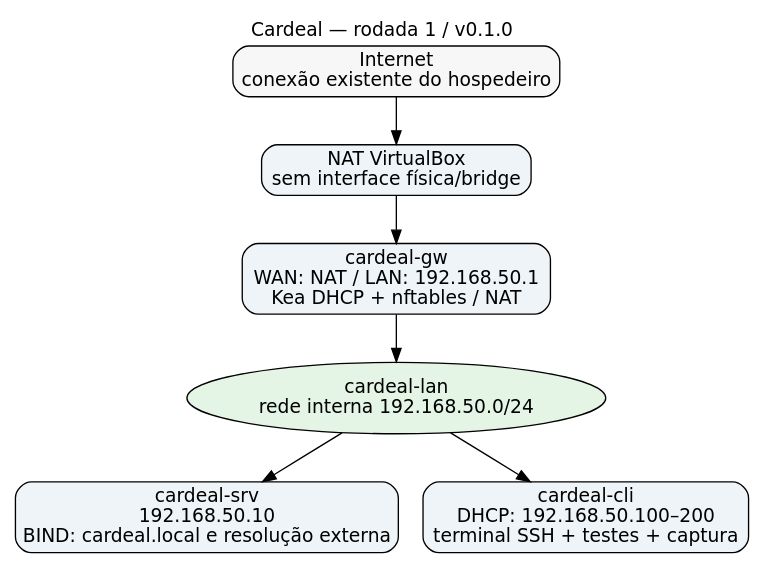
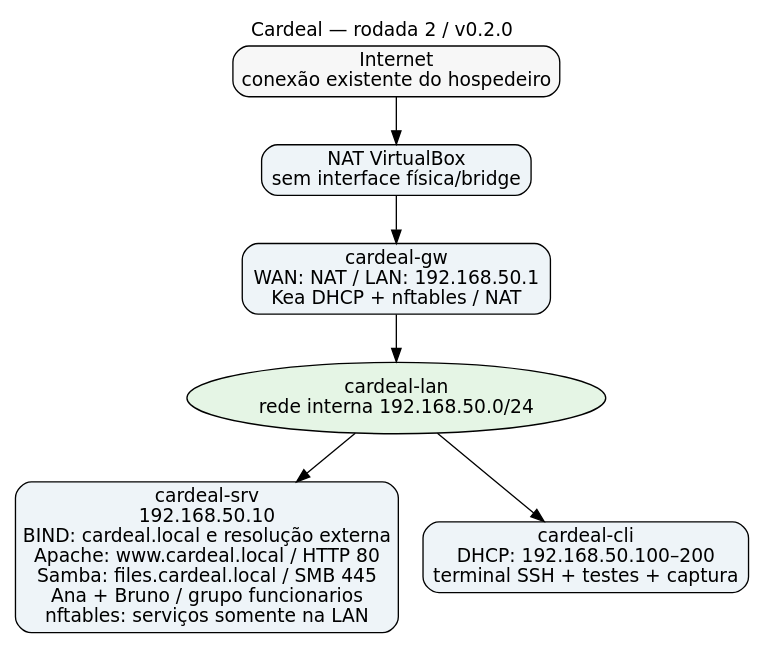
The diagram in topologia/topologia.dot (GabrielGalski/Redes), drawn with Graphviz before and after one commit. The commit also changed 54 other files, not shown here.

```diff
--- a/topologia/topologia.dot
+++ b/topologia/topologia.dot
@@ -1,16 +1,16 @@
 digraph Cardeal {
-    graph [rankdir=TB, bgcolor="white", label="Cardeal — rodada 1 / v0.1.0", labelloc=t, fontname="DejaVu Sans"];
+    graph [rankdir=TB, bgcolor="white", label="Cardeal — rodada 2 / v0.2.0", labelloc=t, fontname="DejaVu Sans"];
     node [shape=box, style="rounded,filled", fillcolor="#eef4f8", fontname="DejaVu Sans"];
     edge [fontname="DejaVu Sans", fontsize=10];
     internet [label="Internet\nconexão existente do hospedeiro", fillcolor="#f7f7f7"];
     nat [label="NAT VirtualBox\nsem interface física/bridge"];
     gw [label="cardeal-gw\nWAN: NAT / LAN: 192.168.50.1\nKea DHCP + nftables / NAT"];
     lan [label="cardeal-lan\nrede interna 192.168.50.0/24", shape=ellipse, fillcolor="#e5f5e5"];
-    srv [label="cardeal-srv\n192.168.50.10\nBIND: cardeal.local e resolução externa"];
+    srv [label="cardeal-srv\n192.168.50.10\nBIND: cardeal.local e resolução externa\nApache: www.cardeal.local / HTTP 80\nSamba: files.cardeal.local / SMB 445\nAna + Bruno / grupo funcionarios\nnftables: serviços somente na LAN"];
     cli [label="cardeal-cli\nDHCP: 192.168.50.100–200\nterminal SSH + testes + captura"];
     internet -> nat;
     nat -> gw;
     gw -> lan;
     lan -> srv;
     lan -> cli;
 }
```
